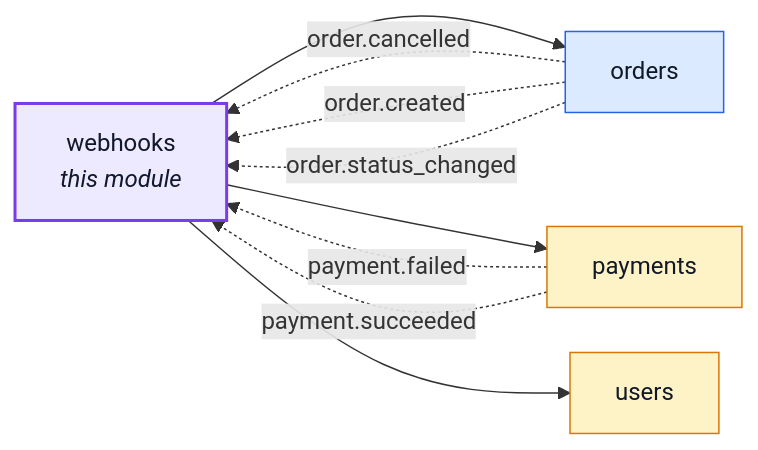
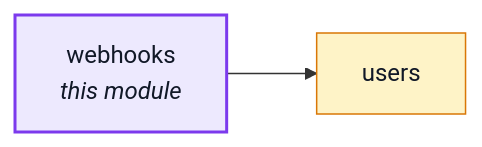
The second of 3 diagrams in docs/modules/webhooks.md (Guebbit/boilerplate-node-backend), drawn with Mermaid before and after one commit. The commit also changed other lines of this file and 4 other files, not shown here.

````diff
--- a/docs/modules/webhooks.md
+++ b/docs/modules/webhooks.md
@@ -58,25 +58,15 @@
 ```mermaid
 %%{init: {'flowchart': {'nodeSpacing': 30, 'rankSpacing': 60}}}%%
 flowchart LR
     webhooks["webhooks<br/><i>this module</i>"]
-    orders["orders"]
-    payments["payments"]
     users["users"]
 
-    webhooks --> orders
-    webhooks --> payments
     webhooks --> users
-    orders -. "order.cancelled" .-> webhooks
-    orders -. "order.created" .-> webhooks
-    orders -. "order.status_changed" .-> webhooks
-    payments -. "payment.failed" .-> webhooks
-    payments -. "payment.succeeded" .-> webhooks
 
     classDef core fill:#dbeafe,stroke:#2563eb,color:#111827;
     classDef supporting fill:#fef3c7,stroke:#d97706,color:#111827;
     classDef generic fill:#dcfce7,stroke:#16a34a,color:#111827;
     classDef centre fill:#ede9fe,stroke:#7c3aed,stroke-width:2px,color:#111827;
-    class orders core;
-    class payments,users supporting;
+    class users supporting;
     class webhooks centre;
 ```
````
